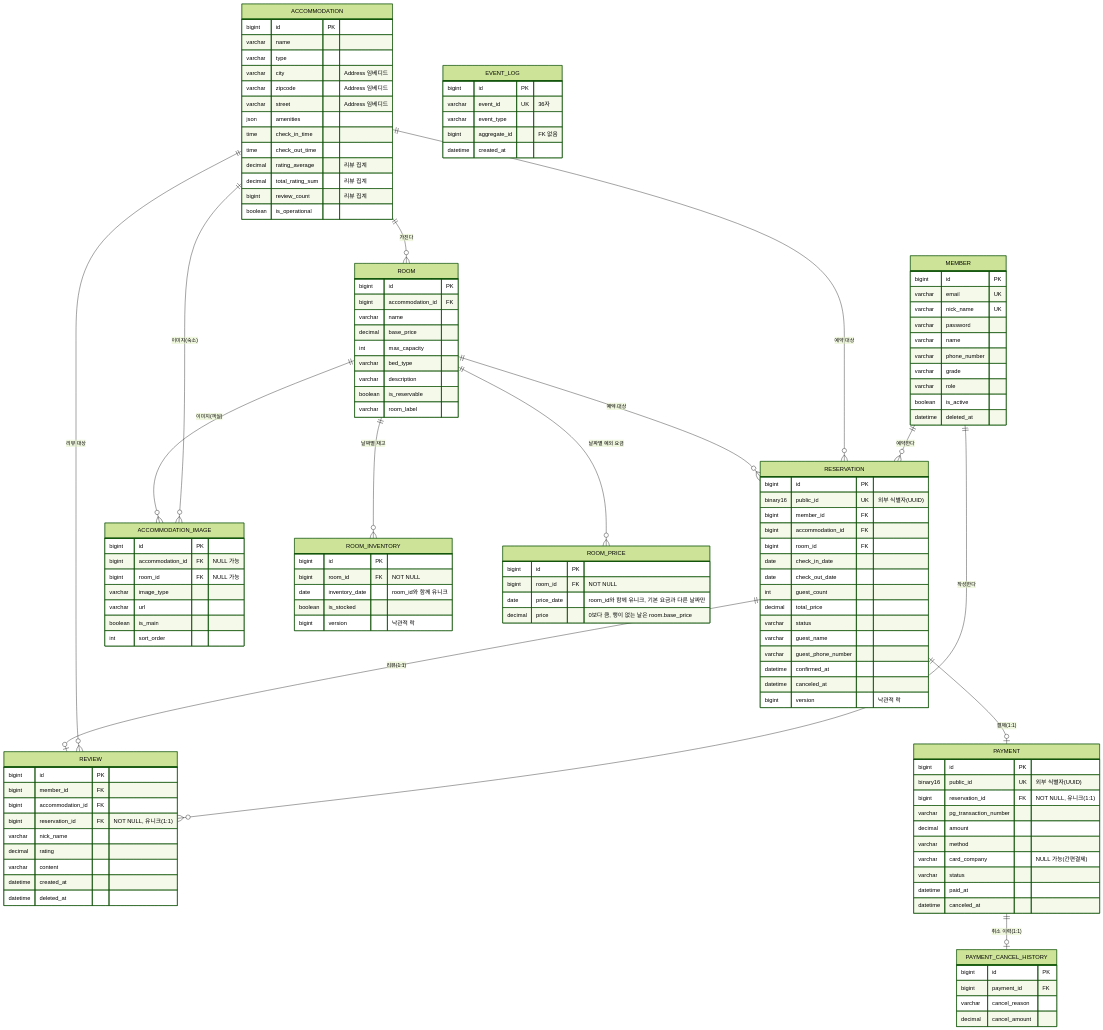
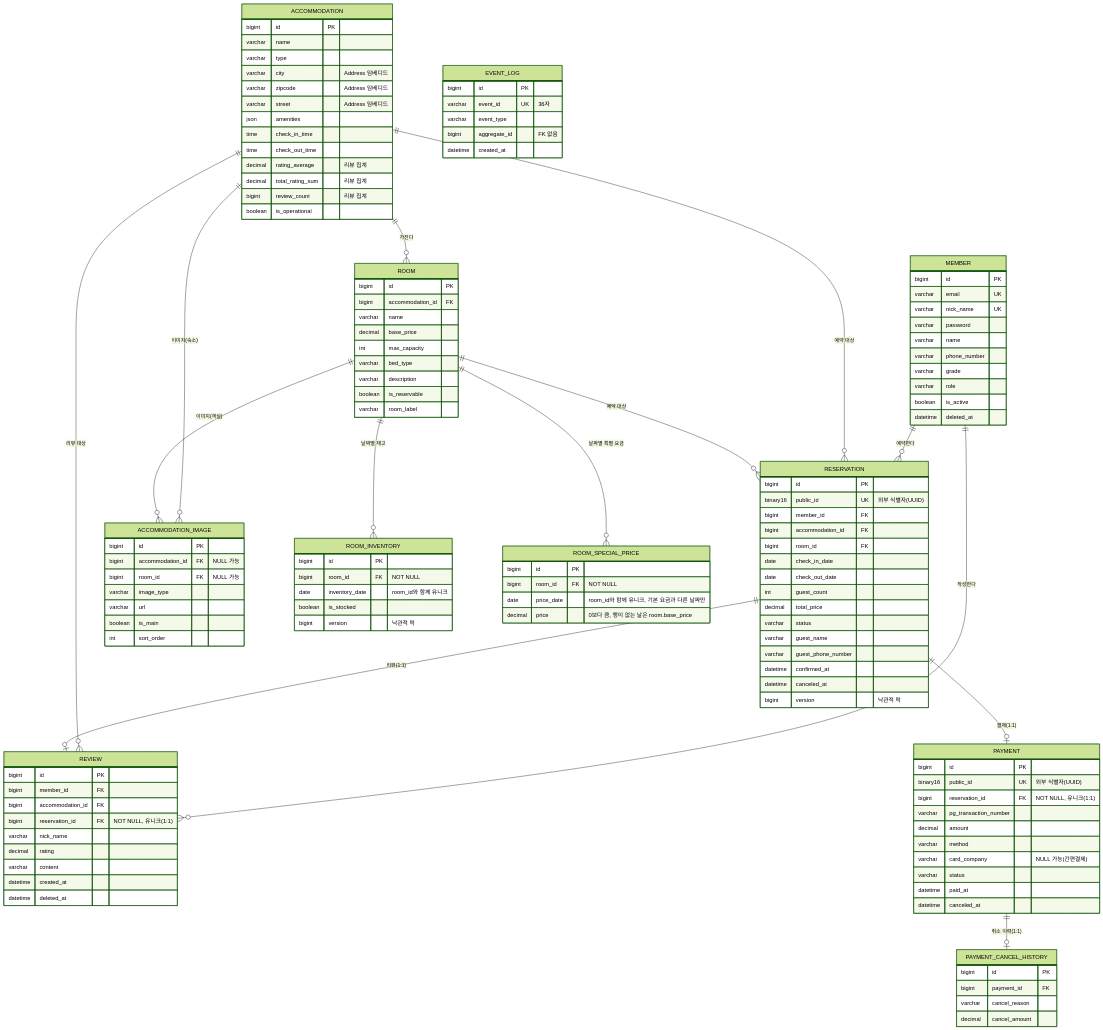
The diagram in docs/erd.md (f-lab-edu/pdg-reservation), drawn with Mermaid (forest theme) before and after one commit. The commit also changed other lines of this file and 11 other files, not shown here.

First line of the commit message:
refactor: RoomPrice를 RoomSpecialPrice로 바꿔 기본 요금과 다른 날짜의 특별 요금임을 드러낸다

```diff
--- a/docs/erd.md
+++ b/docs/erd.md
@@ -16,7 +16,7 @@
     ACCOMMODATION ||--o{ ACCOMMODATION_IMAGE : "이미지(숙소)"
     ROOM ||--o{ ACCOMMODATION_IMAGE : "이미지(객실)"
     ROOM ||--o{ ROOM_INVENTORY : "날짜별 재고"
-    ROOM ||--o{ ROOM_PRICE : "날짜별 예외 요금"
+    ROOM ||--o{ ROOM_SPECIAL_PRICE : "날짜별 특별 요금"
     ROOM ||--o{ RESERVATION : "예약 대상"
     RESERVATION ||--o| PAYMENT : "결제(1:1)"
     RESERVATION ||--o| REVIEW : "리뷰(1:1)"
@@ -67,7 +67,7 @@
         boolean is_stocked
         bigint version "낙관적 락"
     }
-    ROOM_PRICE {
+    ROOM_SPECIAL_PRICE {
         bigint id PK
         bigint room_id FK "NOT NULL"
         date price_date "room_id와 함께 유니크, 기본 요금과 다른 날짜만"
```
